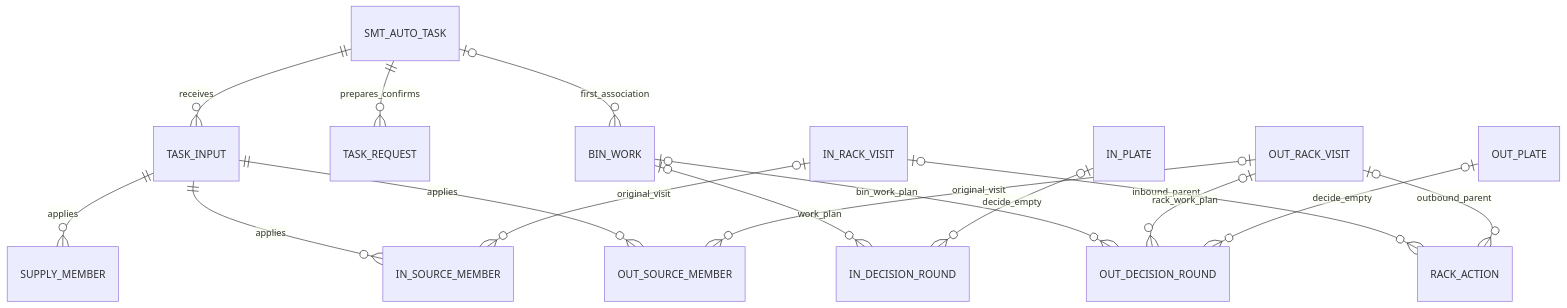
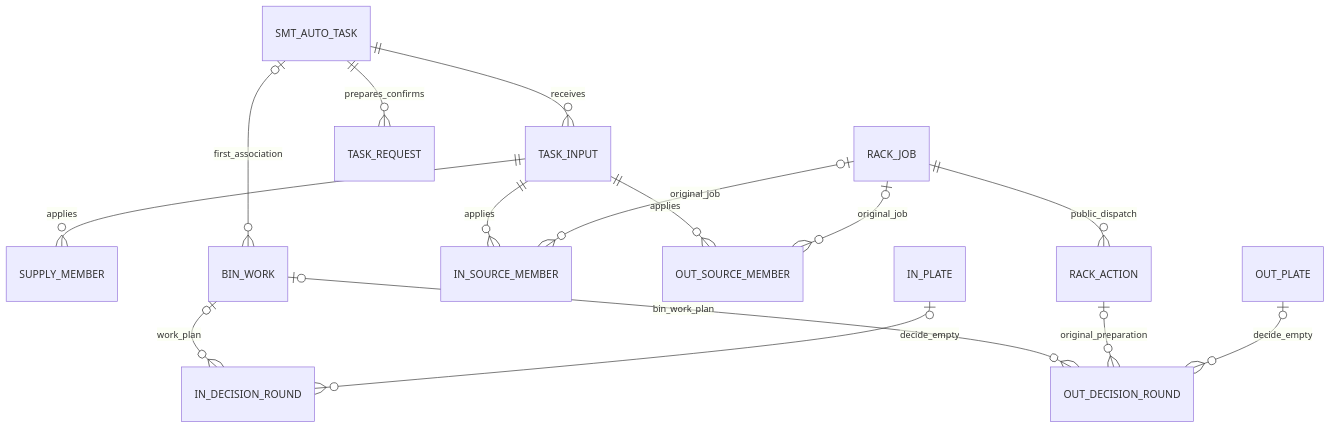
The diagram in docs/superpowers/specs/2026-11-02-smt-auto-data-model-design.md (kaizhoumasha/maintenance-admin), drawn with Mermaid before and after one commit. The commit also changed other lines of this file and 87 other files, not shown here.

````diff
--- a/docs/superpowers/specs/2026-11-02-smt-auto-data-model-design.md
+++ b/docs/superpowers/specs/2026-11-02-smt-auto-data-model-design.md
@@ -54,18 +65,17 @@
 ```mermaid
 erDiagram
     SMT_AUTO_TASK ||--o{ TASK_INPUT : receives
     TASK_INPUT ||--o{ SUPPLY_MEMBER : applies
     SMT_AUTO_TASK ||--o{ TASK_REQUEST : prepares_confirms
     SMT_AUTO_TASK o|--o{ BIN_WORK : first_association
     TASK_INPUT ||--o{ IN_SOURCE_MEMBER : applies
     TASK_INPUT ||--o{ OUT_SOURCE_MEMBER : applies
-    IN_RACK_VISIT o|--o{ IN_SOURCE_MEMBER : original_visit
-    OUT_RACK_VISIT o|--o{ OUT_SOURCE_MEMBER : original_visit
-    IN_RACK_VISIT o|--o{ RACK_ACTION : inbound_parent
-    OUT_RACK_VISIT o|--o{ RACK_ACTION : outbound_parent
+    RACK_JOB o|--o{ IN_SOURCE_MEMBER : original_job
+    RACK_JOB o|--o{ OUT_SOURCE_MEMBER : original_job
+    RACK_JOB ||--o{ RACK_ACTION : public_dispatch
     BIN_WORK o|--o{ IN_DECISION_ROUND : work_plan
     BIN_WORK o|--o{ OUT_DECISION_ROUND : bin_work_plan
-    OUT_RACK_VISIT o|--o{ OUT_DECISION_ROUND : rack_work_plan
+    RACK_ACTION o|--o{ OUT_DECISION_ROUND : original_preparation
     IN_PLATE o|--o{ IN_DECISION_ROUND : decide_empty
     OUT_PLATE o|--o{ OUT_DECISION_ROUND : decide_empty
 ```
````
